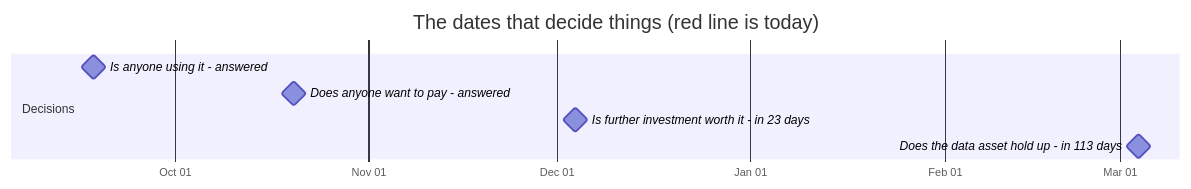
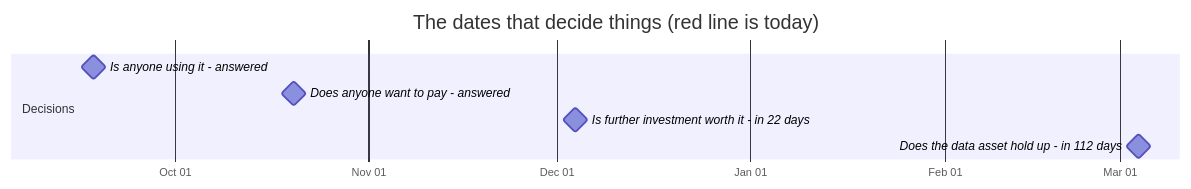
The first of 2 diagrams in docs/OWNER.md (jakegu1/vetagent), drawn with Mermaid before and after one commit. The commit also changed other lines of this file and 1 other file, not shown here.

````diff
--- a/docs/OWNER.md
+++ b/docs/OWNER.md
@@ -67,12 +67,12 @@
 ```mermaid
 gantt
     dateFormat YYYY-MM-DD
     axisFormat %b %d
     todayMarker stroke-width:3px,stroke:#d33,stroke-dasharray:0
     title The dates that decide things (red line is today)
     section Decisions
     Is anyone using it - answered :milestone, 2026-09-18, 0d
     Does anyone want to pay - answered :milestone, 2026-10-20, 0d
-    Is further investment worth it - in 23 days :milestone, 2026-12-04, 0d
-    Does the data asset hold up - in 113 days :milestone, 2027-03-04, 0d
+    Is further investment worth it - in 22 days :milestone, 2026-12-04, 0d
+    Does the data asset hold up - in 112 days :milestone, 2027-03-04, 0d
 ```
````
